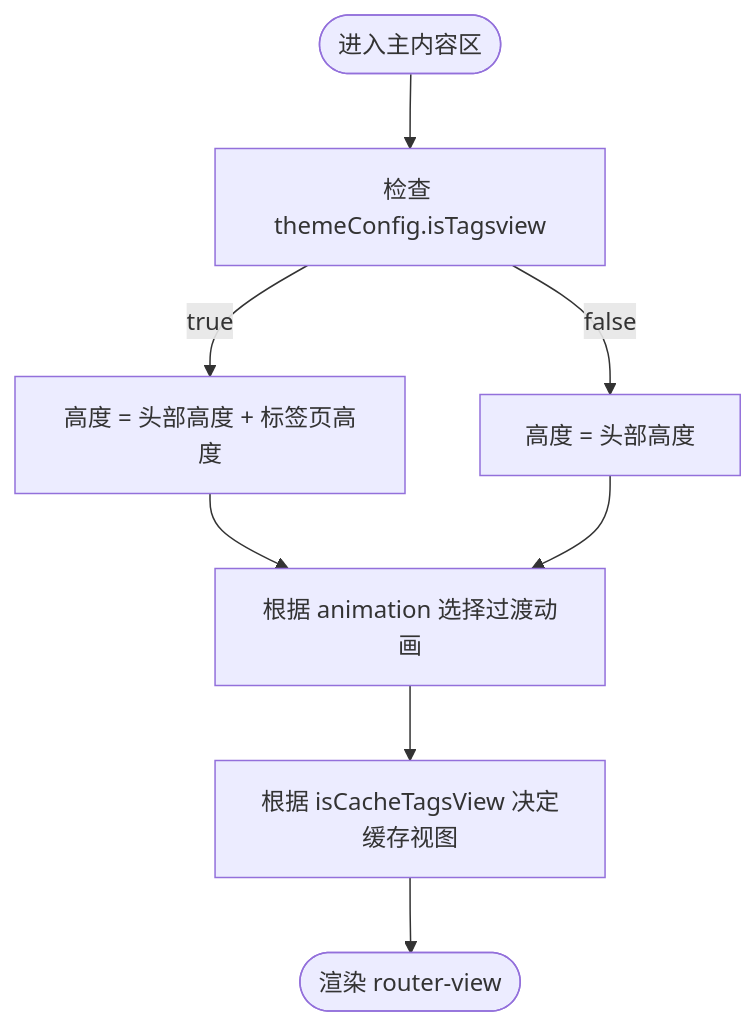
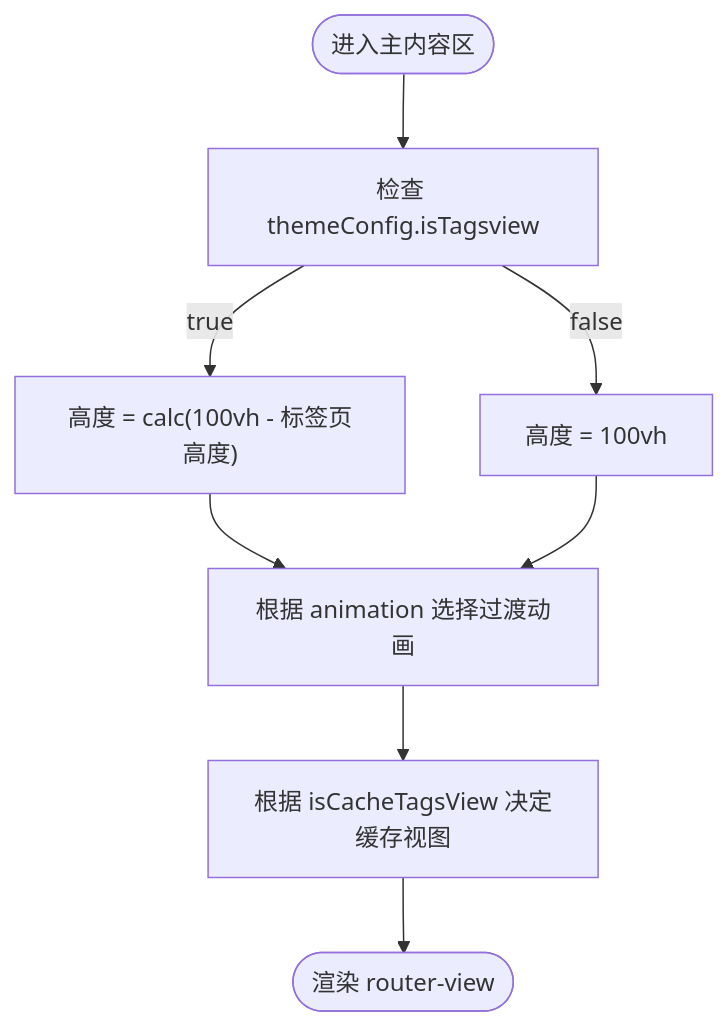
One commit to Neveryu/vue-cms changed the sixth of 9 diagrams in .qoder/repowiki/zh/content/组件系统/布局组件.md. Above: the diagram before and after it, drawn with Mermaid. The commit also changed other lines of this file and 8 other files, not shown here.

````diff
--- a/.qoder/repowiki/zh/content/组件系统/布局组件.md
+++ b/.qoder/repowiki/zh/content/组件系统/布局组件.md
@@ -237,10 +319,10 @@
 ```mermaid
 flowchart TD
 Enter(["进入主内容区"]) --> CheckTags["检查 themeConfig.isTagsview"]
-CheckTags --> |true| HeightWithTabs["高度 = 头部高度 + 标签页高度"]
-CheckTags --> |false| HeightOnlyHeader["高度 = 头部高度"]
+CheckTags --> |true| HeightWithTabs["高度 = calc(100vh - 标签页高度)"]
+CheckTags --> |false| HeightOnlyHeader["高度 = 100vh"]
 HeightWithTabs --> AnimSel["根据 animation 选择过渡动画"]
 HeightOnlyHeader --> AnimSel
 AnimSel --> CacheSel["根据 isCacheTagsView 决定缓存视图"]
 CacheSel --> Render(["渲染 router-view"])
 ```
````
